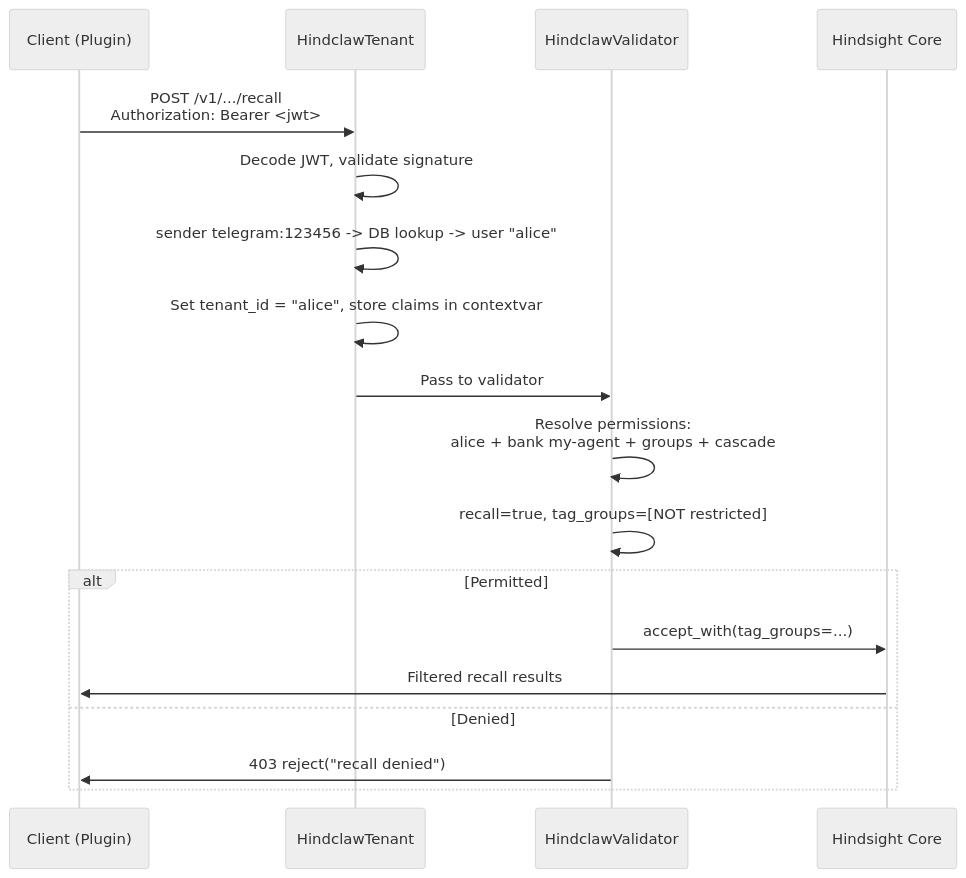
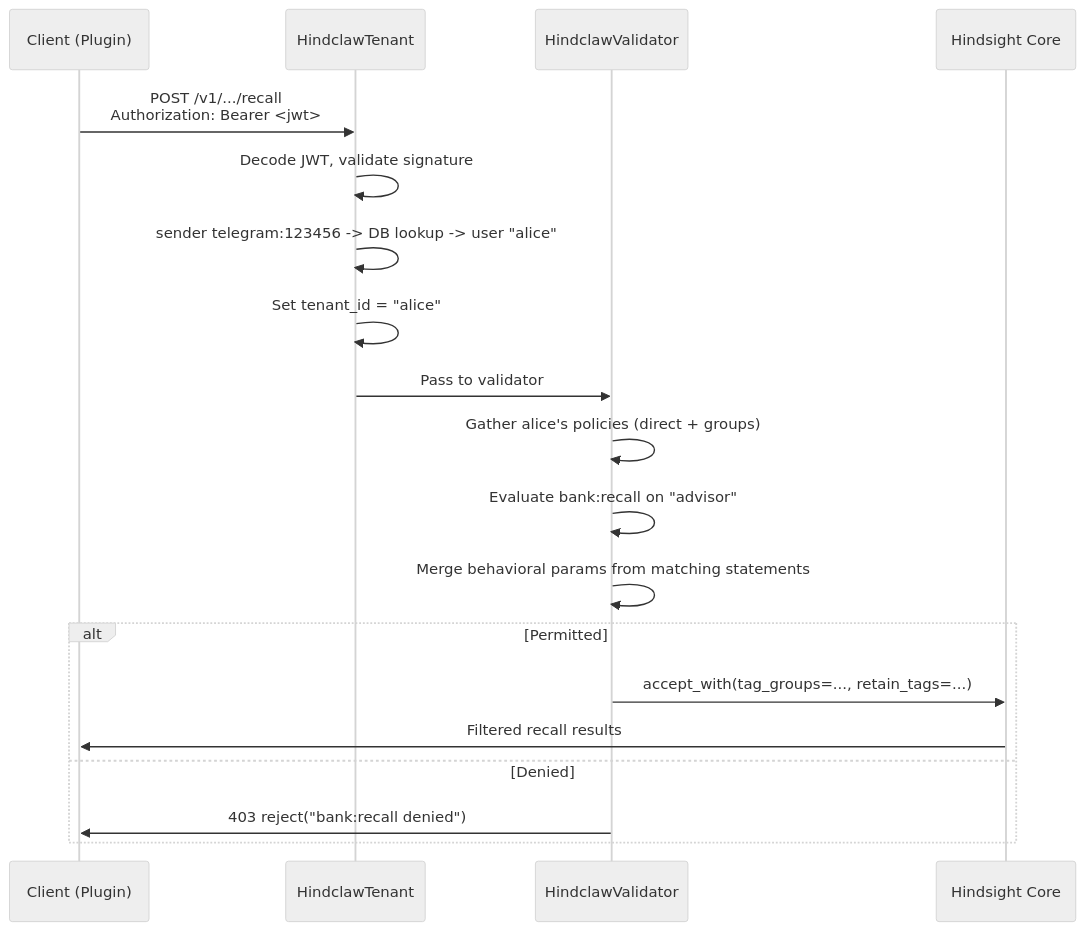
Before and after one commit to mrkhachaturov/hindclaw: the first of 3 diagrams in hindclaw-docs/docs/guides/access-control.md, drawn with Mermaid (neutral theme). The commit also changed other lines of this file and 140 other files, not shown here.

````diff
--- a/hindclaw-docs/docs/guides/access-control.md
+++ b/hindclaw-docs/docs/guides/access-control.md
@@ -97,22 +135,23 @@
 ```mermaid
 sequenceDiagram
     participant C as Client (Plugin)
     participant T as HindclawTenant
     participant V as HindclawValidator
     participant H as Hindsight Core
 
     C->>T: POST /v1/.../recall<br/>Authorization: Bearer <jwt>
     T->>T: Decode JWT, validate signature
     T->>T: sender telegram:123456 -> DB lookup -> user "alice"
-    T->>T: Set tenant_id = "alice", store claims in contextvar
+    T->>T: Set tenant_id = "alice"
     T->>V: Pass to validator
-    V->>V: Resolve permissions:<br/>alice + bank my-agent + groups + cascade
-    V->>V: recall=true, tag_groups=[NOT restricted]
+    V->>V: Gather alice's policies (direct + groups)
+    V->>V: Evaluate bank:recall on "advisor"
+    V->>V: Merge behavioral params from matching statements
 
     alt Permitted
-        V->>H: accept_with(tag_groups=...)
+        V->>H: accept_with(tag_groups=..., retain_tags=...)
         H->>C: Filtered recall results
     else Denied
-        V->>C: 403 reject("recall denied")
+        V->>C: 403 reject("bank:recall denied")
     end
 ```
````
